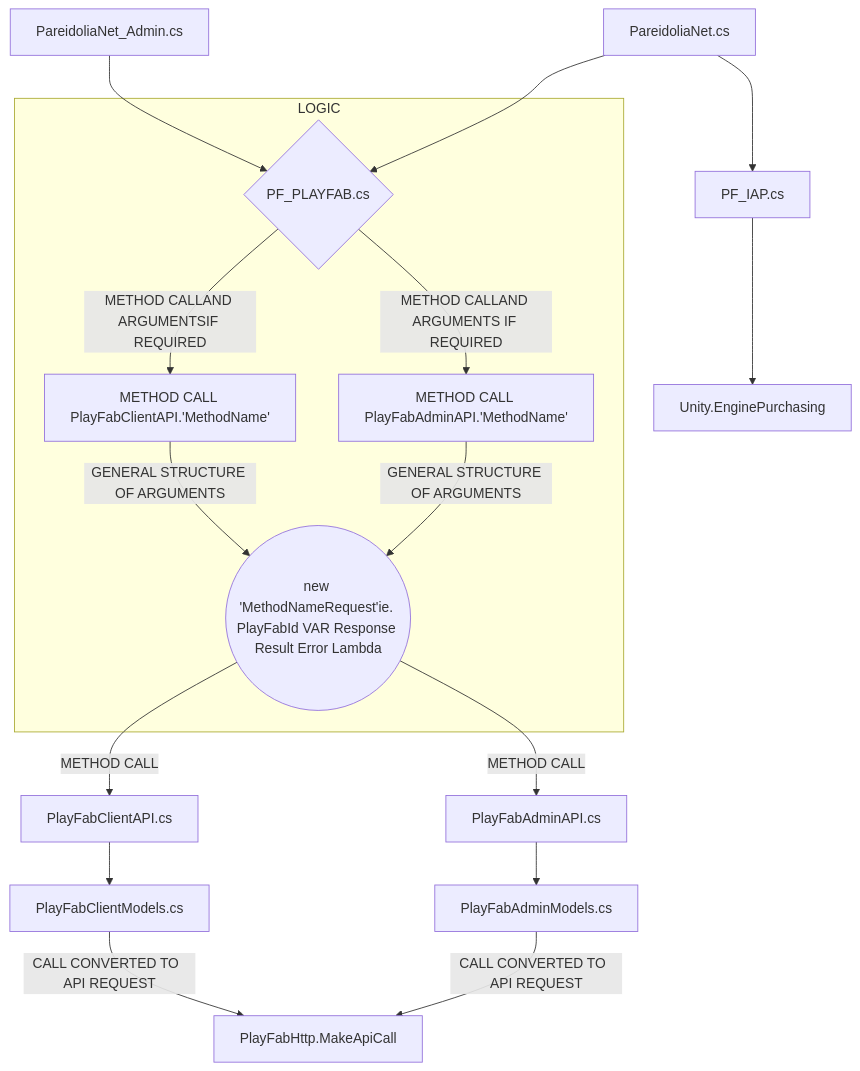
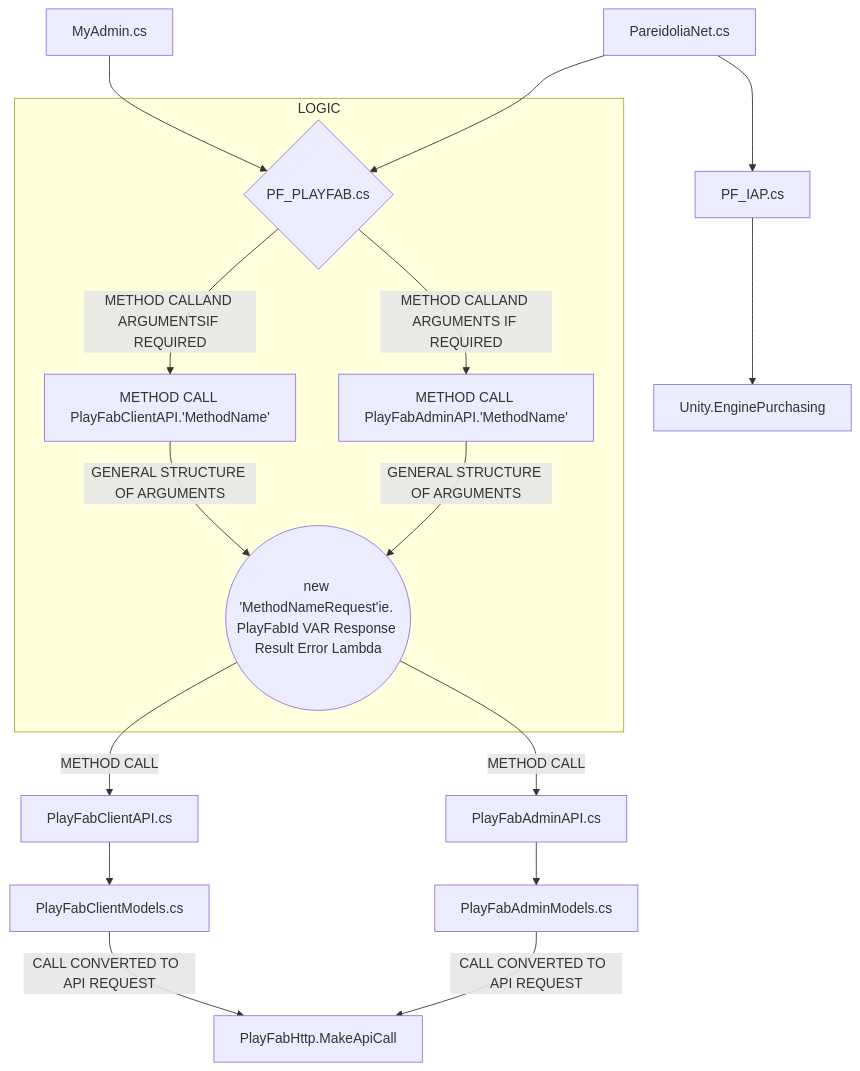
The third of 3 diagrams in merm.md (dconlrn/dconlrn.github.io), drawn with Mermaid before and after one commit. The commit also changed other lines of this file, not shown here.

Commit message:
django dep update

```diff
--- a/merm.md
+++ b/merm.md
@@ -35,22 +35,22 @@
 <div class="mermaid"> 
 
 
 graph TD;
     A[PareidoliaNet.cs]-->B{PF_PLAYFAB.cs};
     A-->C[PF_IAP.cs];
-    D[PareidoliaNet_Admin.cs]-->B;
+    D[MyAdmin.cs]-->B;
     subgraph O[LOGIC];
     B-->|METHOD CALLAND ARGUMENTS IF REQUIRED|J[METHOD CALL PlayFabAdminAPI.'MethodName'];
     J-->|GENERAL STRUCTURE OF ARGUMENTS|L((new 'MethodNameRequest'ie. PlayFabId VAR Response Result Error Lambda));
     B-->|METHOD CALLAND ARGUMENTSIF REQUIRED|K[METHOD CALL PlayFabClientAPI.'MethodName'];
     K-->|GENERAL STRUCTURE OF ARGUMENTS|L;
     end;
     L-->|METHOD CALL|E[PlayFabAdminAPI.cs];
     L-->|METHOD CALL|F[PlayFabClientAPI.cs];
     E[PlayFabAdminAPI.cs]-->G[PlayFabAdminModels.cs];
     F[PlayFabClientAPI.cs]-->H[PlayFabClientModels.cs];
     G-->|CALL CONVERTED TO  API REQUEST|g[PlayFabHttp.MakeApiCall];
     H-->|CALL CONVERTED TO  API REQUEST|g;
     C[PF_IAP.cs]-->I[Unity.EnginePurchasing];
 
 </div> 
```
